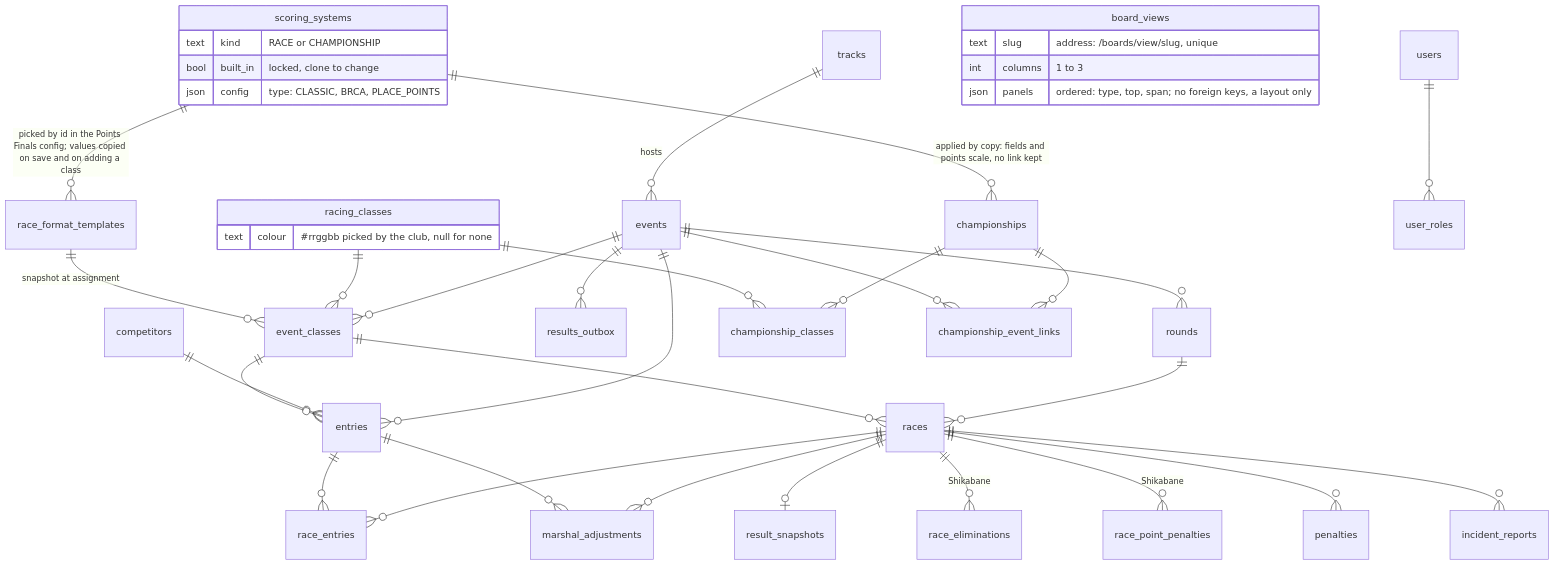
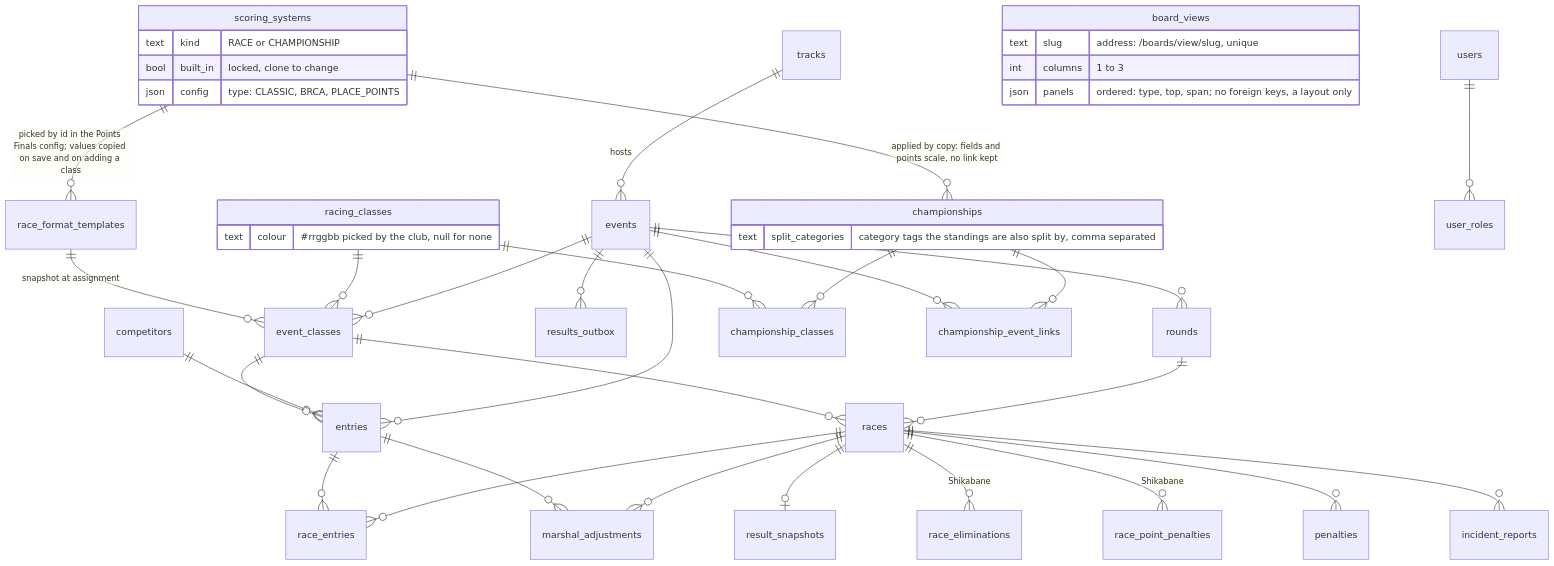
Before and after one commit to RCRaceHub/RCTimingControl: the third of 3 diagrams in docs/developer/domain-model.md, drawn with Mermaid. The commit also changed other lines of this file and 46 other files, not shown here.

````diff
--- a/docs/developer/domain-model.md
+++ b/docs/developer/domain-model.md
@@ -161,43 +163,46 @@
 ```mermaid
 erDiagram
     tracks ||--o{ events : "hosts"
     events ||--o{ event_classes : ""
     events ||--o{ rounds : ""
     events ||--o{ entries : ""
     events ||--o{ results_outbox : ""
     racing_classes ||--o{ event_classes : ""
     race_format_templates ||--o{ event_classes : "snapshot at assignment"
     scoring_systems ||--o{ race_format_templates : "picked by id in the Points Finals config; values copied on save and on adding a class"
     scoring_systems ||--o{ championships : "applied by copy: fields and points scale, no link kept"
     scoring_systems {
         text kind "RACE or CHAMPIONSHIP"
         bool built_in "locked, clone to change"
         json config "type: CLASSIC, BRCA, PLACE_POINTS"
     }
     racing_classes {
         text colour "#rrggbb picked by the club, null for none"
+    }
+    championships {
+        text split_categories "category tags the standings are also split by, comma separated"
     }
     board_views {
         text slug "address: /boards/view/slug, unique"
         int columns "1 to 3"
         json panels "ordered: type, top, span; no foreign keys, a layout only"
     }
     competitors ||--o{ entries : ""
     event_classes ||--o{ entries : ""
     rounds ||--o{ races : ""
     event_classes ||--o{ races : ""
     races ||--o{ race_entries : ""
     entries ||--o{ race_entries : ""
     races ||--o| result_snapshots : ""
     races ||--o{ marshal_adjustments : ""
     races ||--o{ race_eliminations : "Shikabane"
     races ||--o{ race_point_penalties : "Shikabane"
     races ||--o{ penalties : ""
     races ||--o{ incident_reports : ""
     entries ||--o{ marshal_adjustments : ""
     championships ||--o{ championship_classes : ""
     championships ||--o{ championship_event_links : ""
     events ||--o{ championship_event_links : ""
     racing_classes ||--o{ championship_classes : ""
     users ||--o{ user_roles : ""
 ```
````
